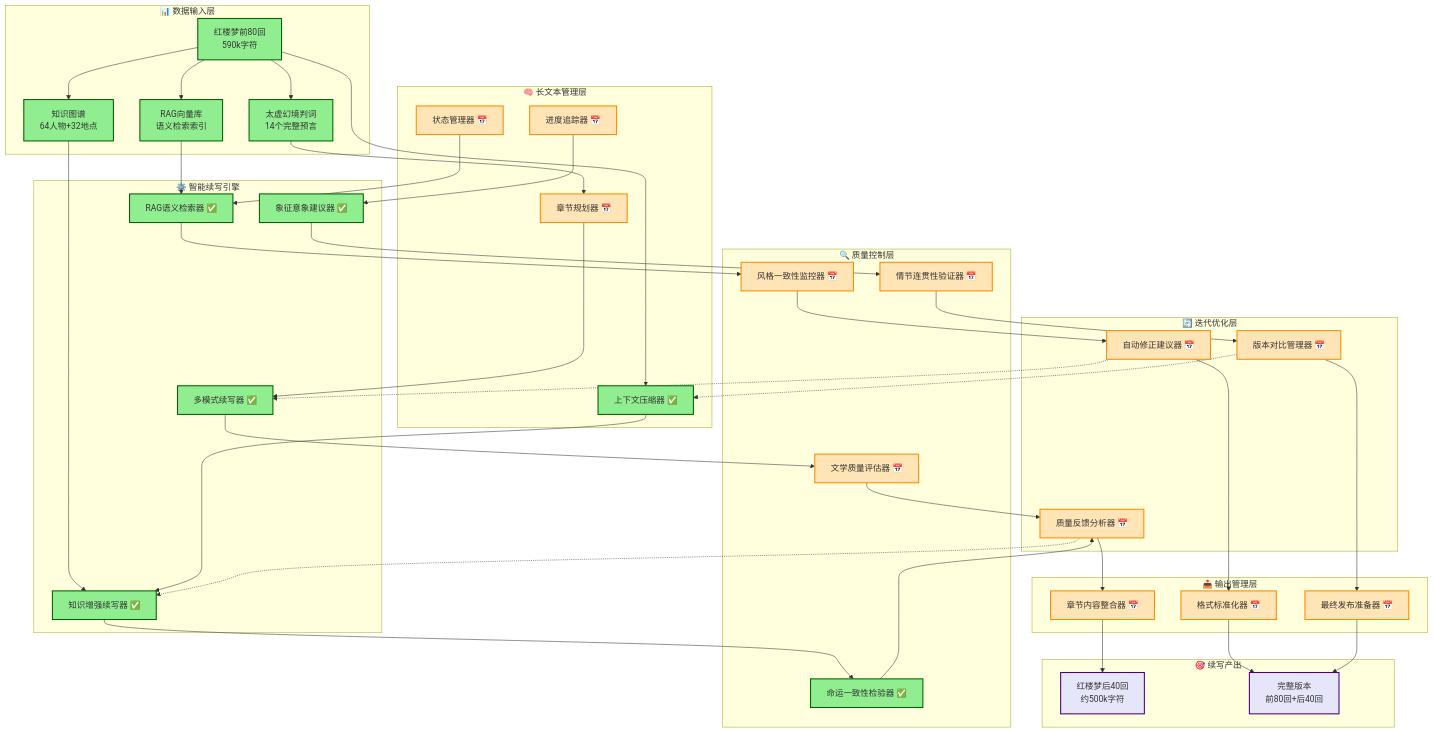
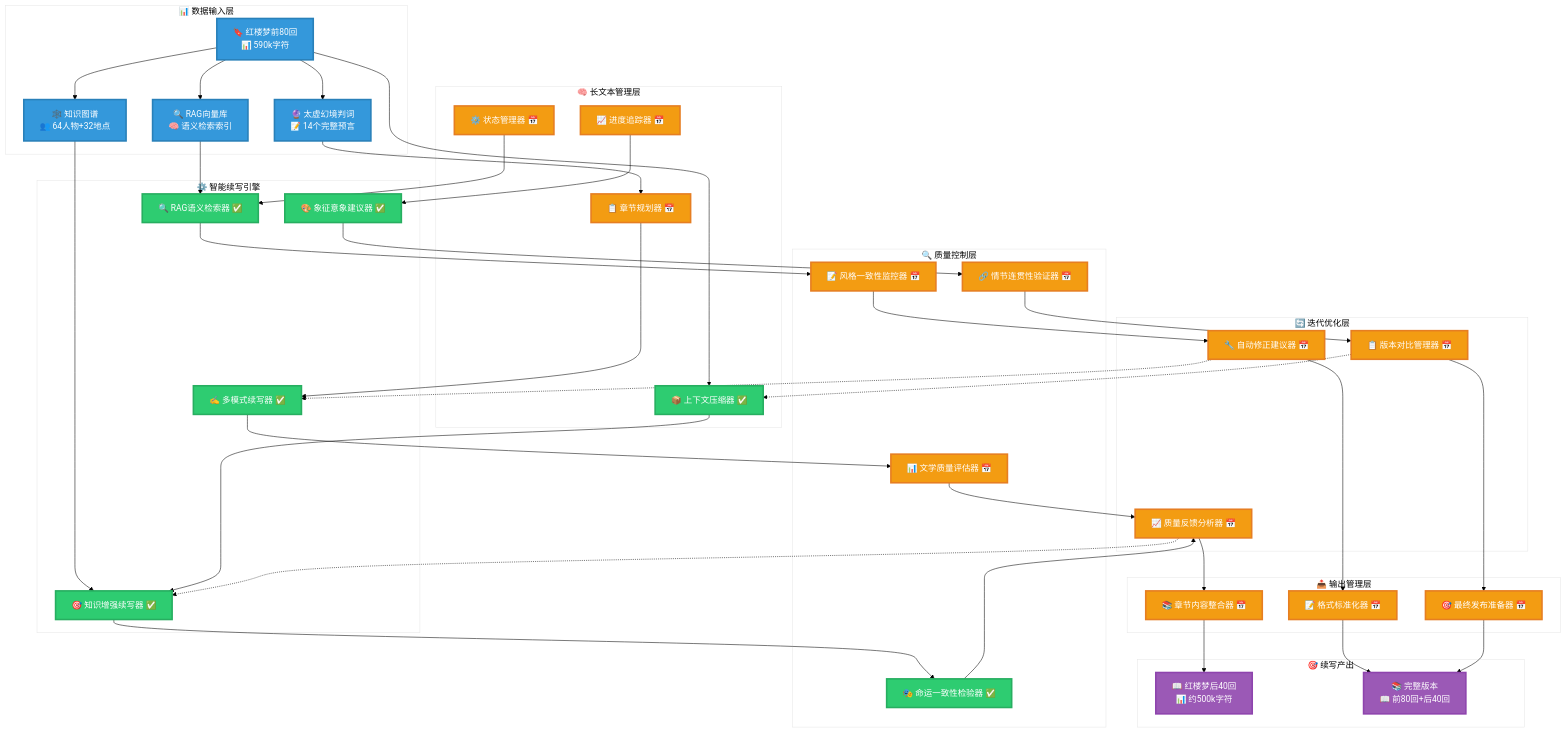
Before and after one commit to yaohaizhou/AI-continuation-of-Dream-of-the-Red-Chamber: the first of 3 diagrams in resource/readme.md, drawn with Mermaid. The commit also changed other lines of this file, not shown here.

Commit message:
readme：高亮度mermaid

````diff
--- a/resource/readme.md
+++ b/resource/readme.md
@@ -59,47 +59,52 @@
 ```mermaid
+%%{init: {'theme':'base', 'themeVariables': {'primaryColor': '#ffffff', 'primaryTextColor': '#000000', 'primaryBorderColor': '#000000', 'lineColor': '#000000', 'sectionBkgColor': '#ffffff', 'altSectionBkgColor': '#f0f0f0', 'gridColor': '#cccccc', 'secondaryColor': '#ffffff', 'tertiaryColor': '#ffffff'}}}%%
 graph TB
     subgraph "📊 数据输入层"
-        A1[红楼梦前80回<br/>590k字符] --> A2[太虚幻境判词<br/>14个完整预言]
-        A1 --> A3[知识图谱<br/>64人物+32地点]
-        A1 --> A4[RAG向量库<br/>语义检索索引]
+        A1["🔖 红楼梦前80回<br/>📊 590k字符"] 
+        A2["🔮 太虚幻境判词<br/>📝 14个完整预言"]
+        A3["🕸️ 知识图谱<br/>👥 64人物+32地点"]
+        A4["🔍 RAG向量库<br/>🧠 语义检索索引"]
+        A1 --> A2
+        A1 --> A3  
+        A1 --> A4
     end
     
     subgraph "🧠 长文本管理层"
-        B1[上下文压缩器 ✅]
-        B2[章节规划器 📅]
-        B3[进度追踪器 📅]
-        B4[状态管理器 📅]
+        B1["📦 上下文压缩器 ✅"]
+        B2["📋 章节规划器 📅"]
+        B3["📈 进度追踪器 📅"]
+        B4["⚙️ 状态管理器 📅"]
     end
     
     subgraph "⚙️ 智能续写引擎"
-        C1[知识增强续写器 ✅]
-        C2[RAG语义检索器 ✅]
-        C3[象征意象建议器 ✅]
-        C4[多模式续写器 ✅]
+        C1["🎯 知识增强续写器 ✅"]
+        C2["🔍 RAG语义检索器 ✅"]
+        C3["🎨 象征意象建议器 ✅"]
+        C4["✍️ 多模式续写器 ✅"]
     end
     
     subgraph "🔍 质量控制层"
-        D1[命运一致性检验器 ✅]
-        D2[风格一致性监控器 📅]
-        D3[情节连贯性验证器 📅]
-        D4[文学质量评估器 📅]
+        D1["🎭 命运一致性检验器 ✅"]
+        D2["📝 风格一致性监控器 📅"]
+        D3["🔗 情节连贯性验证器 📅"]
+        D4["📊 文学质量评估器 📅"]
     end
     
     subgraph "🔄 迭代优化层"
-        E1[质量反馈分析器 📅]
-        E2[自动修正建议器 📅]
-        E3[版本对比管理器 📅]
+        E1["📈 质量反馈分析器 📅"]
+        E2["🔧 自动修正建议器 📅"]
+        E3["📋 版本对比管理器 📅"]
     end
     
     subgraph "📤 输出管理层"
-        F1[章节内容整合器 📅]
-        F2[格式标准化器 📅]
-        F3[最终发布准备器 📅]
+        F1["📚 章节内容整合器 📅"]
+        F2["📝 格式标准化器 📅"]
+        F3["🎯 最终发布准备器 📅"]
     end
     
     subgraph "🎯 续写产出"
-        G1[红楼梦后40回<br/>约500k字符]
-        G2[完整版本<br/>前80回+后40回]
+        G1["📖 红楼梦后40回<br/>📊 约500k字符"]
+        G2["📚 完整版本<br/>📖 前80回+后40回"]
     end
     
     %% 主要数据流
@@ -136,11 +141,13 @@
     E2 -.-> C4
     E3 -.-> B1
     
-    classDef implemented fill:#90EE90,stroke:#006400,stroke-width:2px
-    classDef todo fill:#FFE4B5,stroke:#FF8C00,stroke-width:2px
-    classDef output fill:#E6E6FA,stroke:#4B0082,stroke-width:2px
+    classDef implemented fill:#2ECC71,stroke:#27AE60,stroke-width:3px,color:#FFFFFF
+    classDef todo fill:#F39C12,stroke:#E67E22,stroke-width:3px,color:#FFFFFF  
+    classDef output fill:#9B59B6,stroke:#8E44AD,stroke-width:3px,color:#FFFFFF
+    classDef data fill:#3498DB,stroke:#2980B9,stroke-width:3px,color:#FFFFFF
     
-    class A1,A2,A3,A4,B1,C1,C2,C3,C4,D1 implemented
+    class A1,A2,A3,A4 data
+    class B1,C1,C2,C3,C4,D1 implemented
     class B2,B3,B4,D2,D3,D4,E1,E2,E3,F1,F2,F3 todo
     class G1,G2 output
 ```
````
